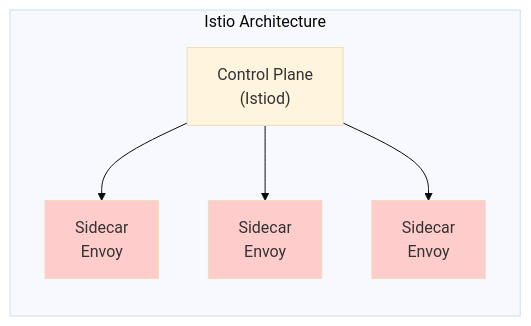
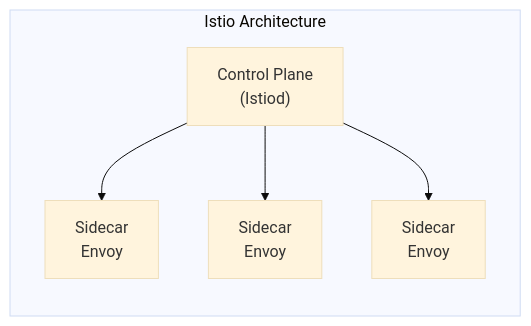
Before and after one commit to ahmadnurhidayat/docs: the first of 4 diagrams in src/content/docs/01-knowledge-base/gcp/why-we-migrated-ingress-to-gateway-api.md, drawn with Mermaid (base theme). The commit also changed other lines of this file, not shown here.

Commit message:
docs(gcp): Fix Mermaid diagram styling syntax in Gateway API migration guide
- Remove invalid color hex values from Mermaid style directives
- Correct `fill:#ffcccc` to `fill:` for service proxy nodes
- Correct `fill:#d4edda` to `fill:` for gateway and health check nodes
- Resolve diagram rendering issues caused by malformed style syntax

````diff
--- a/src/content/docs/01-knowledge-base/gcp/why-we-migrated-ingress-to-gateway-api.md
+++ b/src/content/docs/01-knowledge-base/gcp/why-we-migrated-ingress-to-gateway-api.md
@@ -67,17 +67,17 @@
 ```mermaid
 graph LR
     subgraph ISTIO["Istio Architecture"]
         cp["Control Plane\n(Istiod)"]
         sp1["Sidecar\nEnvoy"]
         sp2["Sidecar\nEnvoy"]
         sp3["Sidecar\nEnvoy"]
     end
 
     cp --> sp1
     cp --> sp2
     cp --> sp3
 
-    style sp1 fill:#ffcccc
-    style sp2 fill:#ffcccc
-    style sp3 fill:#ffcccc
+    style sp1 fill
+    style sp2 fill
+    style sp3 fill
 ```
````
